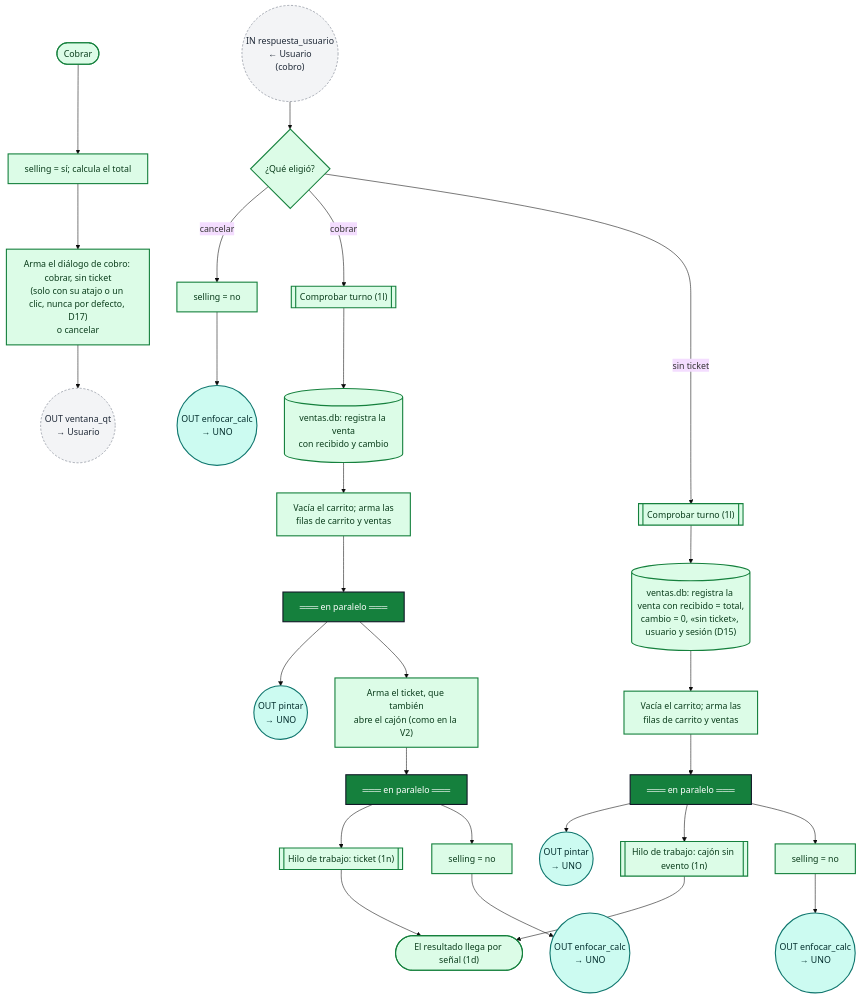
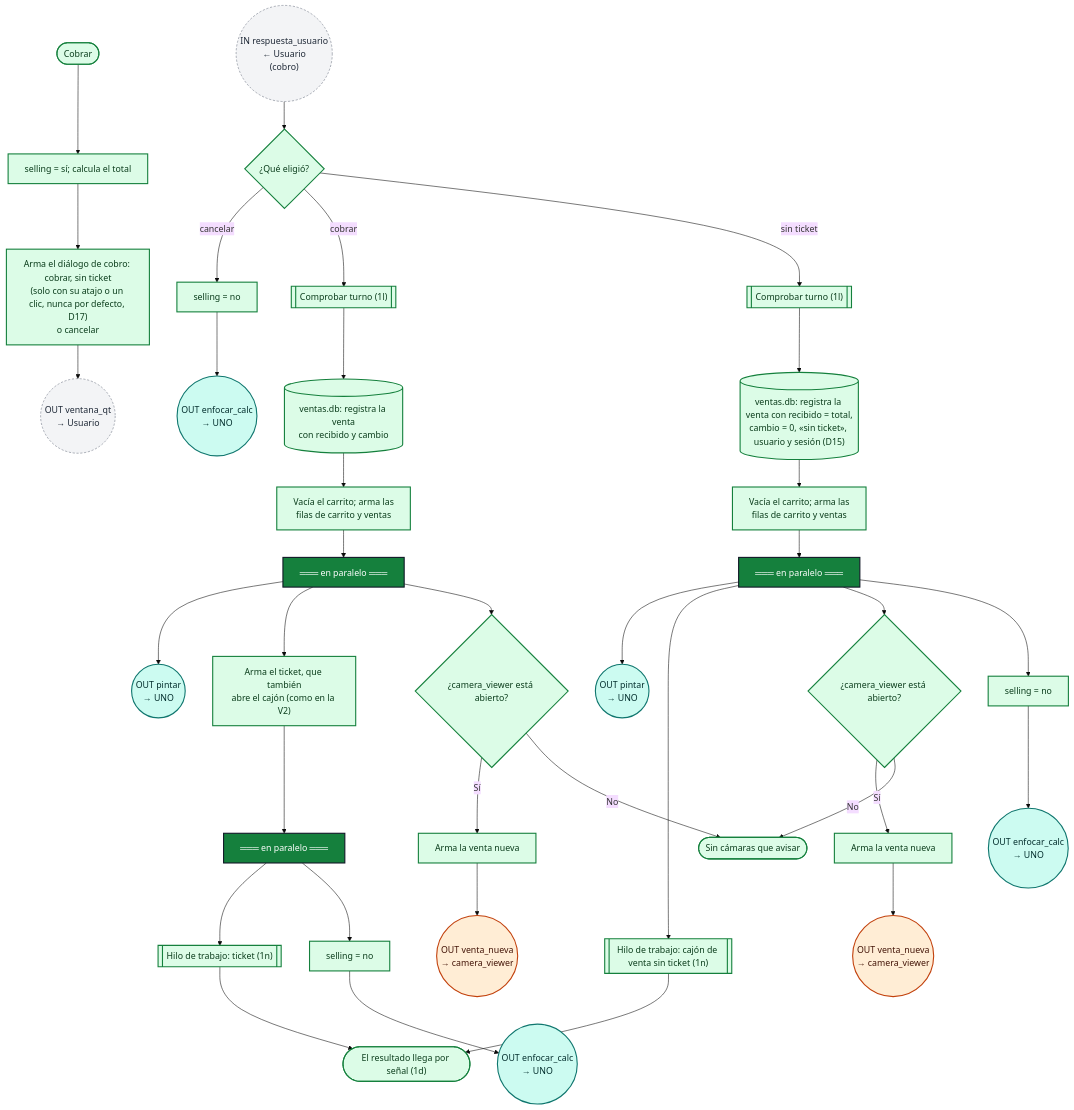
One commit to jesjack/sistema_ventas changed the diagram in v_3/docs/diagramas/flujo_01f_app_cobrar.mmd. Above: the diagram before and after it, drawn with Mermaid (base theme). The commit also changed 12 other files, not shown here.

```diff
--- a/v_3/docs/diagramas/flujo_01f_app_cobrar.mmd
+++ b/v_3/docs/diagramas/flujo_01f_app_cobrar.mmd
@@ -1,66 +1,81 @@
 %% chip: App
 %% 1f. Cobrar: con ticket o sin ticket (D15); la impresión y el cajón van en un hilo de trabajo (D18).
 flowchart TD
     T0(["Cobrar"])
     N12["selling = sí; calcula el total"]
     N13["Arma el diálogo de cobro: cobrar, sin ticket<br/>(solo con su atajo o un clic, nunca por defecto, D17)<br/>o cancelar"]
     oQt(("OUT ventana_qt<br/>→ Usuario")):::ext
     iR(("IN respuesta_usuario<br/>← Usuario<br/>(cobro)")):::ext
     D8{"¿Qué eligió?"}
     N19["selling = no"]
     oEnfF(("OUT enfocar_calc<br/>→ UNO")):::uno
     S2[["Comprobar turno (1l)"]]
     DB3[("ventas.db: registra la venta<br/>con recibido y cambio")]
     N15["Vacía el carrito; arma las<br/>filas de carrito y ventas"]
     PAR2["═══ en paralelo ═══"]:::par
     oPin2(("OUT pintar<br/>→ UNO")):::uno
     N16["Arma el ticket, que también<br/>abre el cajón (como en la V2)"]
     PAR3["═══ en paralelo ═══"]:::par
     S7[["Hilo de trabajo: ticket (1n)"]]
+    Dc1{"¿camera_viewer está abierto?"}
+    V1["Arma la venta nueva"]
+    oVN1(("OUT venta_nueva<br/>→ camera_viewer")):::cam
+    Dc2{"¿camera_viewer está abierto?"}
+    V2["Arma la venta nueva"]
+    oVN2(("OUT venta_nueva<br/>→ camera_viewer")):::cam
+    Tsin(["Sin cámaras que avisar"])
     Tfin(["El resultado llega por señal (1d)"])
     N20["selling = no"]
     oEnfG(("OUT enfocar_calc<br/>→ UNO")):::uno
     S3[["Comprobar turno (1l)"]]
     DB4[("ventas.db: registra la venta con recibido = total,<br/>cambio = 0, «sin ticket», usuario y sesión (D15)")]
     N17["Vacía el carrito; arma las<br/>filas de carrito y ventas"]
     PAR4["═══ en paralelo ═══"]:::par
     oPin3(("OUT pintar<br/>→ UNO")):::uno
-    S8[["Hilo de trabajo: cajón sin evento (1n)"]]
+    S8[["Hilo de trabajo: cajón de venta sin ticket (1n)"]]
     N21["selling = no"]
     oEnfI(("OUT enfocar_calc<br/>→ UNO")):::uno
 
     T0 --> N12
     N12 --> N13
     N13 --> oQt
     iR --> D8
     D8 -- "cancelar" --> N19
     N19 --> oEnfF
     D8 -- "cobrar" --> S2
     S2 --> DB3
     DB3 --> N15
     N15 --> PAR2
     PAR2 --> oPin2
     PAR2 --> N16
+    PAR2 --> Dc1
+    Dc1 -- "Sí" --> V1
+    V1 --> oVN1
+    Dc1 -- "No" --> Tsin
     N16 --> PAR3
     PAR3 --> S7
     S7 --> Tfin
     PAR3 --> N20
     N20 --> oEnfG
     D8 -- "sin ticket" --> S3
     S3 --> DB4
     DB4 --> N17
     N17 --> PAR4
     PAR4 --> oPin3
     PAR4 --> S8
+    PAR4 --> Dc2
+    Dc2 -- "Sí" --> V2
+    V2 --> oVN2
+    Dc2 -- "No" --> Tsin
     S8 --> Tfin
     PAR4 --> N21
     N21 --> oEnfI
 
     classDef default fill:#dcfce7,stroke:#15803d,color:#0b3d1c,stroke-width:2px
     classDef par fill:#15803d,stroke:#111827,color:#ffffff,stroke-width:2px
     classDef app fill:#dcfce7,stroke:#15803d,color:#0b3d1c,stroke-width:2px
     classDef sof fill:#dbeafe,stroke:#1d4ed8,color:#0b1f4d,stroke-width:2px
     classDef bas fill:#fef9c3,stroke:#a16207,color:#422006,stroke-width:2px
     classDef uno fill:#ccfbf1,stroke:#0f766e,color:#042f2e,stroke-width:2px
     classDef cam fill:#ffedd5,stroke:#c2410c,color:#431407,stroke-width:2px
     classDef ext fill:#f3f4f6,stroke:#6b7280,color:#1f2937,stroke-width:1px,stroke-dasharray:4 3
```
